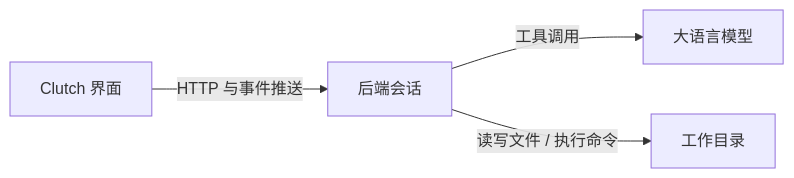
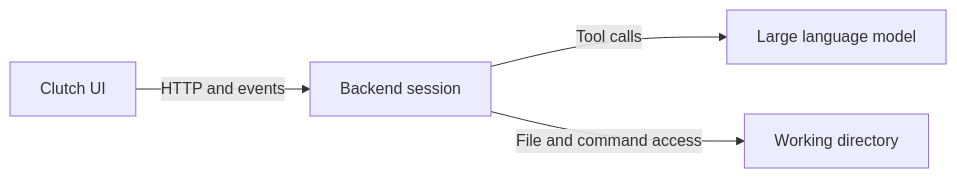
One commit to Ethereal1024/Clutch changed the first of 2 diagrams in README.md. Above: the diagram before and after it, drawn with Mermaid. The commit also changed other lines of this file and 1 other file, not shown here.

````diff
--- a/README.md
+++ b/README.md
@@ -123,6 +148,6 @@
 ```mermaid
 flowchart LR
-    UI["Clutch 界面"] -- "HTTP 与事件推送" --> API["后端会话"]
-    API -- "工具调用" --> LLM["大语言模型"]
-    API -- "读写文件 / 执行命令" --> WS["工作目录"]
+    UI["Clutch UI"] -- "HTTP and events" --> API["Backend session"]
+    API -- "Tool calls" --> LLM["Large language model"]
+    API -- "File and command access" --> WS["Working directory"]
 ```
````
